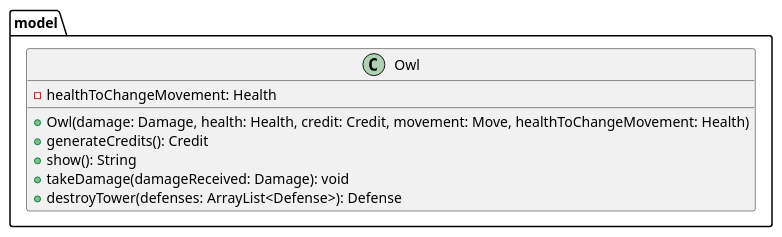
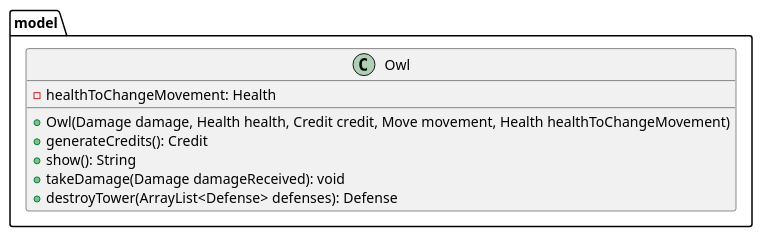
One commit to alejandrodelcs/algo3_tp2 changed the diagram in diagrams/classes/algoDefense/model/enemy/Owl.puml. Above: the diagram before and after it, drawn with PlantUML. The commit also changed 63 other files, not shown here.

Commit message:
Every single class diagram done

```diff
--- a/diagrams/classes/algoDefense/model/enemy/Owl.puml
+++ b/diagrams/classes/algoDefense/model/enemy/Owl.puml
@@ -1,16 +1,16 @@
 @startuml
 'https://plantuml.com/class-diagram
 
 package model {
     class Owl {
         - healthToChangeMovement: Health
 
-        + Owl(damage: Damage, health: Health, credit: Credit, movement: Move, healthToChangeMovement: Health)
+        + Owl(Damage damage, Health health, Credit credit, Move movement, Health healthToChangeMovement)
         + generateCredits(): Credit
         + show(): String
-        + takeDamage(damageReceived: Damage): void
-        + destroyTower(defenses: ArrayList<Defense>): Defense
+        + takeDamage(Damage damageReceived): void
+        + destroyTower(ArrayList<Defense> defenses): Defense
     }
 }
 
 @enduml
```
